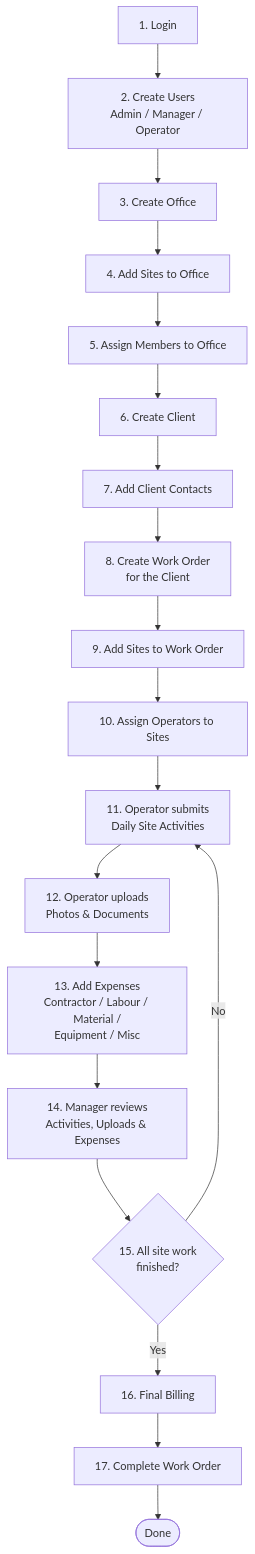
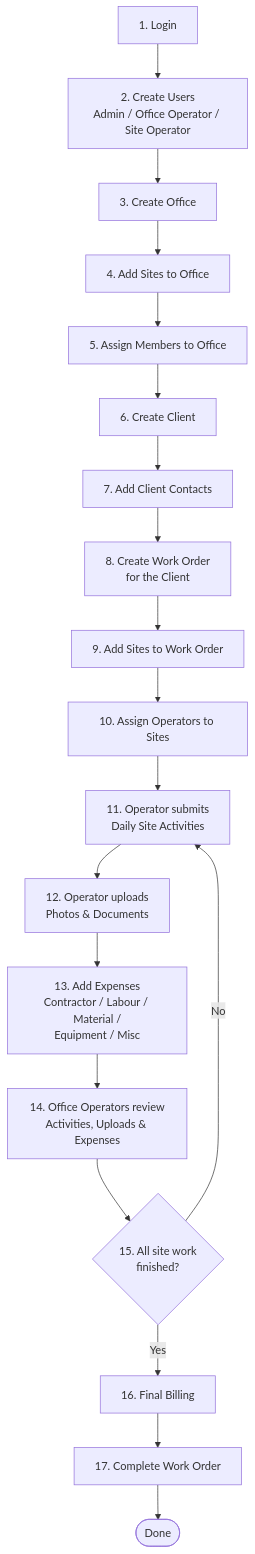
The diagram in docs/flow-diagram.md (sudorishabh/OTBL-Operations-Portal), drawn with Mermaid before and after one commit. The commit also changed 1 other file, not shown here.

Commit message:
docs: describe admins and office operators running offices, with no office manager in the readme or workflow diagram

````diff
--- a/docs/flow-diagram.md
+++ b/docs/flow-diagram.md
@@ -1,21 +1,21 @@
 ```mermaid
 flowchart TD
-    A[1. Login] --> B[2. Create Users<br/>Admin / Manager / Operator]
+    A[1. Login] --> B[2. Create Users<br/>Admin / Office Operator / Site Operator]
     B --> C[3. Create Office]
     C --> D[4. Add Sites to Office]
     D --> E[5. Assign Members to Office]
     E --> F[6. Create Client]
     F --> G[7. Add Client Contacts]
     G --> H[8. Create Work Order<br/>for the Client]
     H --> I[9. Add Sites to Work Order]
     I --> J[10. Assign Operators to Sites]
     J --> K[11. Operator submits<br/>Daily Site Activities]
     K --> L[12. Operator uploads<br/>Photos & Documents]
     L --> M[13. Add Expenses<br/>Contractor / Labour / Material /<br/>Equipment / Misc]
-    M --> N[14. Manager reviews<br/>Activities, Uploads & Expenses]
+    M --> N[14. Office Operators review<br/>Activities, Uploads & Expenses]
     N --> O{15. All site work<br/>finished?}
     O -- No --> K
     O -- Yes --> P[16. Final Billing]
     P --> Q[17. Complete Work Order]
     Q --> R([Done])
 ```
````
